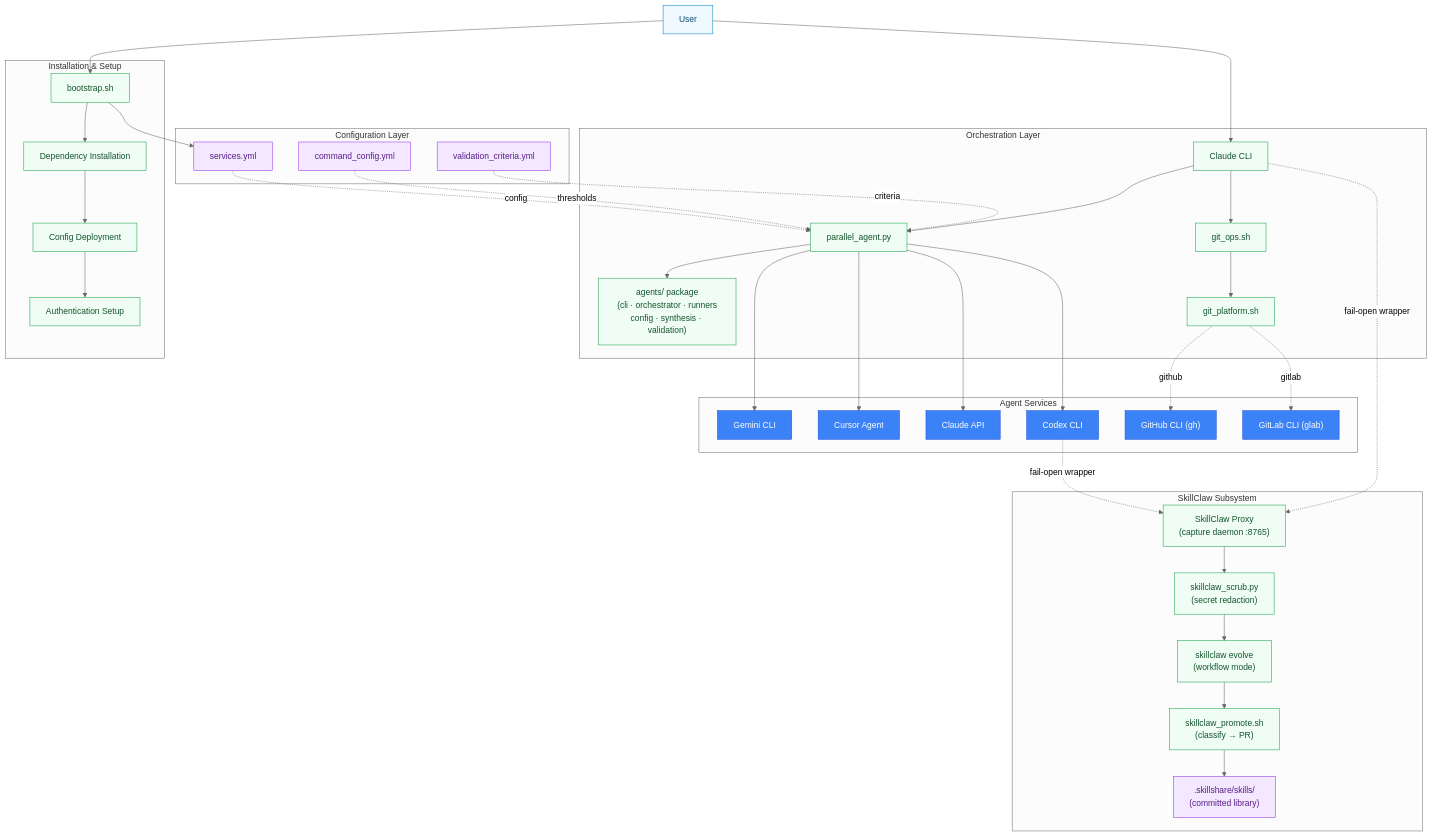
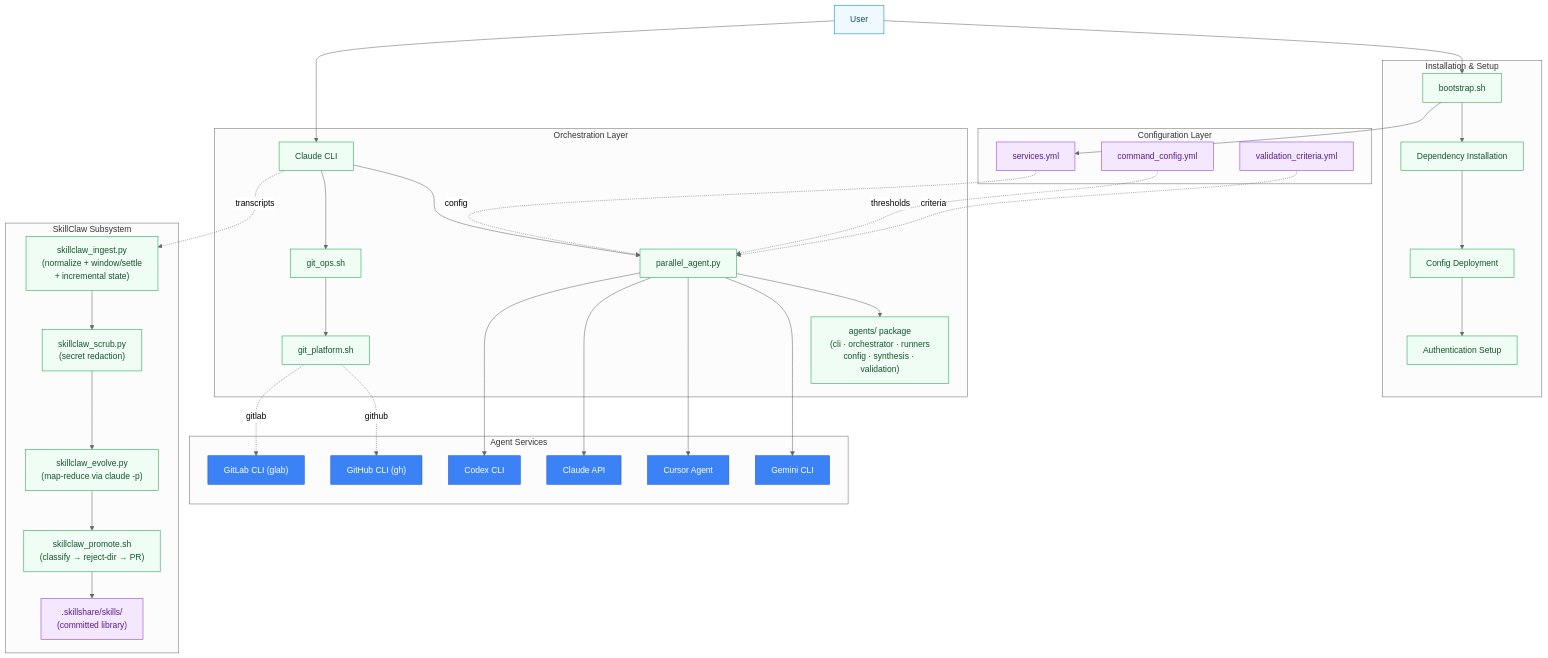
Before and after one commit to RB-chrismandich/Manifest: the first of 15 diagrams in docs/ARCHITECTURE_DIAGRAMS.md, drawn with Mermaid. The commit also changed other lines of this file and 4 other files, not shown here.

First line of the commit message:
docs(skillclaw): purge proxy model from reference docs (config, diagrams, troubleshooting, READMEs)

````diff
--- a/docs/ARCHITECTURE_DIAGRAMS.md
+++ b/docs/ARCHITECTURE_DIAGRAMS.md
@@ -34,72 +34,71 @@
 ```mermaid
 %%{init: {'theme':'neutral'}}%%
 flowchart TB
     classDef input fill:#f0f9ff,stroke:#0284c7,color:#0c4a6e
     classDef process fill:#f0fdf4,stroke:#16a34a,color:#14532d
     classDef output fill:#fef3c7,stroke:#d97706,color:#78350f
     classDef config fill:#f3e8ff,stroke:#9333ea,color:#581c87
     classDef external fill:#3b82f6,stroke:#1d4ed8,color:#fff
 
     USER["User"]:::input
     BOOTSTRAP["bootstrap.sh"]:::process
     CLAUDE_CLI["Claude CLI"]:::process
 
     subgraph "Installation & Setup"
         BOOTSTRAP
         INSTALL["Dependency Installation"]:::process
         DEPLOY["Config Deployment"]:::process
         AUTH["Authentication Setup"]:::process
         BOOTSTRAP --> INSTALL --> DEPLOY --> AUTH
     end
 
     subgraph "Configuration Layer"
         SERVICES["services.yml"]:::config
         COMMAND_CFG["command_config.yml"]:::config
         VALIDATION_CFG["validation_criteria.yml"]:::config
     end
 
     subgraph "Orchestration Layer"
         CLAUDE_CLI
         PARALLEL_PY["parallel_agent.py"]:::process
         AGENTS_PKG["agents/ package\n(cli · orchestrator · runners\nconfig · synthesis · validation)"]:::process
         GIT_PLATFORM["git_platform.sh"]:::process
         GIT_OPS["git_ops.sh"]:::process
     end
 
     subgraph "Agent Services"
         GEMINI["Gemini CLI"]:::external
         CURSOR["Cursor Agent"]:::external
         CLAUDE_API["Claude API"]:::external
         CODEX["Codex CLI"]:::external
         GH["GitHub CLI (gh)"]:::external
         GLAB["GitLab CLI (glab)"]:::external
     end
 
     subgraph "SkillClaw Subsystem"
-        SKILLCLAW_PROXY["SkillClaw Proxy\n(capture daemon :8765)"]:::process
+        SKILLCLAW_INGEST["skillclaw_ingest.py\n(normalize + window/settle\n+ incremental state)"]:::process
         SKILLCLAW_SCRUB["skillclaw_scrub.py\n(secret redaction)"]:::process
-        SKILLCLAW_EVOLVE["skillclaw evolve\n(workflow mode)"]:::process
-        SKILLCLAW_PROMOTE["skillclaw_promote.sh\n(classify → PR)"]:::process
+        SKILLCLAW_EVOLVE["skillclaw_evolve.py\n(map-reduce via claude -p)"]:::process
+        SKILLCLAW_PROMOTE["skillclaw_promote.sh\n(classify → reject-dir → PR)"]:::process
         SKILLSHARE[".skillshare/skills/\n(committed library)"]:::config
-        SKILLCLAW_PROXY --> SKILLCLAW_SCRUB --> SKILLCLAW_EVOLVE --> SKILLCLAW_PROMOTE --> SKILLSHARE
+        SKILLCLAW_INGEST --> SKILLCLAW_SCRUB --> SKILLCLAW_EVOLVE --> SKILLCLAW_PROMOTE --> SKILLSHARE
     end
 
     USER --> BOOTSTRAP
     BOOTSTRAP --> SERVICES
     USER --> CLAUDE_CLI
     CLAUDE_CLI --> PARALLEL_PY
     PARALLEL_PY --> AGENTS_PKG
     CLAUDE_CLI --> GIT_OPS
     GIT_OPS --> GIT_PLATFORM
     GIT_PLATFORM -.->|github| GH
     GIT_PLATFORM -.->|gitlab| GLAB
     PARALLEL_PY --> GEMINI
     PARALLEL_PY --> CURSOR
     PARALLEL_PY --> CLAUDE_API
     PARALLEL_PY --> CODEX
     SERVICES -.->|config| PARALLEL_PY
     COMMAND_CFG -.->|thresholds| PARALLEL_PY
     VALIDATION_CFG -.->|criteria| PARALLEL_PY
-    CLAUDE_CLI -.->|fail-open wrapper| SKILLCLAW_PROXY
-    CODEX -.->|fail-open wrapper| SKILLCLAW_PROXY
+    CLAUDE_CLI -.->|transcripts| SKILLCLAW_INGEST
 ```
````
